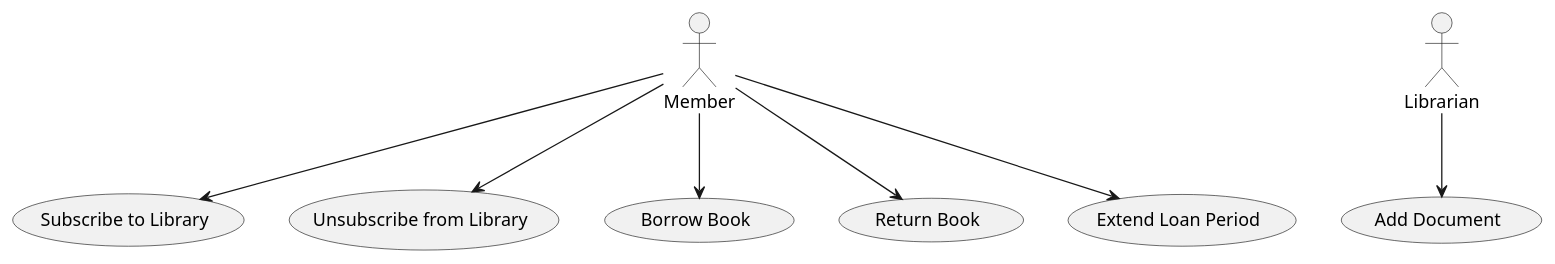
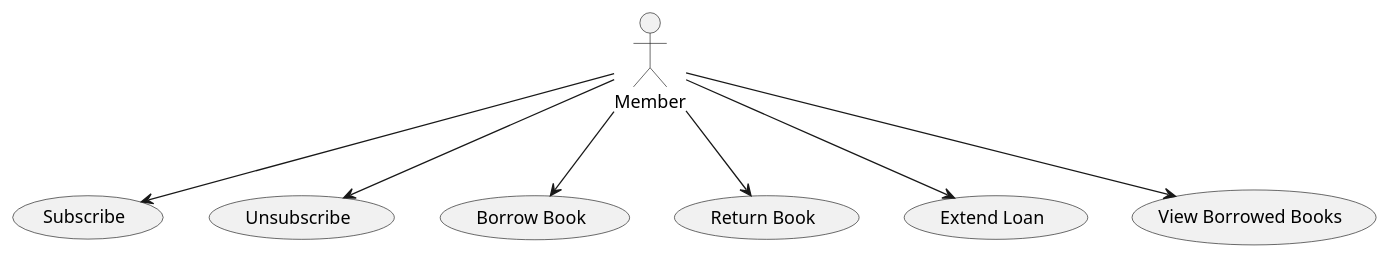
One commit to RayWP/pfsa-id changed the diagram in survey-ud/gen-nr-nent-o3-mini/R13_municipal-library_class_diagram.puml. Above: the diagram before and after it, drawn with PlantUML. The commit also changed 7 other files, not shown here.

```diff
--- a/survey-ud/gen-nr-nent-o3-mini/R13_municipal-library_class_diagram.puml
+++ b/survey-ud/gen-nr-nent-o3-mini/R13_municipal-library_class_diagram.puml
@@ -1,23 +1,17 @@
 @startuml
 actor Member
-actor Librarian
 
-usecase "Subscribe to Library" as UC_Subscribe
-usecase "Unsubscribe from Library" as UC_Unsubscribe
+usecase "Subscribe" as UC_Subscribe
+usecase "Unsubscribe" as UC_Unsubscribe
 usecase "Borrow Book" as UC_Borrow
 usecase "Return Book" as UC_Return
-usecase "Extend Loan Period" as UC_Extend
-usecase "Add Document" as UC_AddDocument
+usecase "Extend Loan" as UC_Extend
+usecase "View Borrowed Books" as UC_View
 
 Member --> UC_Subscribe
 Member --> UC_Unsubscribe
 Member --> UC_Borrow
 Member --> UC_Return
 Member --> UC_Extend
-
-Librarian --> UC_AddDocument
-
-' Note: Documents include journals and volumes (volumes are dictionaries, books, or comics),
-' but only books are eligible for the borrowing process.
-
+Member --> UC_View
 @enduml
```
